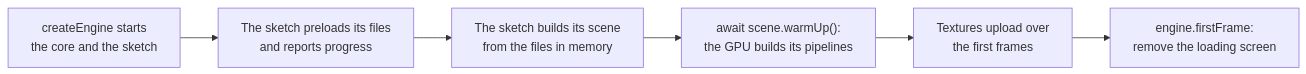
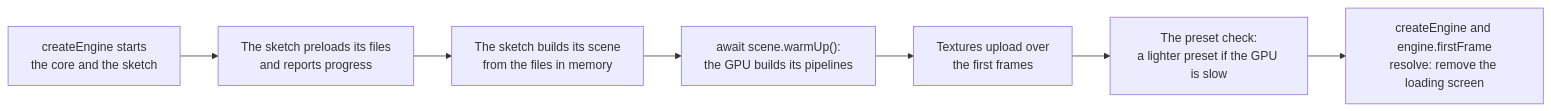
One commit to null3d-engine/null3d changed the diagram in docs/guides/loading-screens.md. Above: the diagram before and after it, drawn with Mermaid. The commit also changed other lines of this file and 54 other files, not shown here.

````diff
--- a/docs/guides/loading-screens.md
+++ b/docs/guides/loading-screens.md
@@ -13,8 +13,9 @@
 ```mermaid
 flowchart LR
     start["createEngine starts<br/>the core and the sketch"] --> preload["The sketch preloads its files<br/>and reports progress"]
     preload --> setup["The sketch builds its scene<br/>from the files in memory"]
     setup --> warm["await scene.warmUp():<br/>the GPU builds its pipelines"]
     warm --> uploads["Textures upload over<br/>the first frames"]
-    uploads --> first["engine.firstFrame:<br/>remove the loading screen"]
+    uploads --> check["The preset check:<br/>a lighter preset if the GPU is slow"]
+    check --> first["createEngine and engine.firstFrame<br/>resolve: remove the loading screen"]
 ```
````
